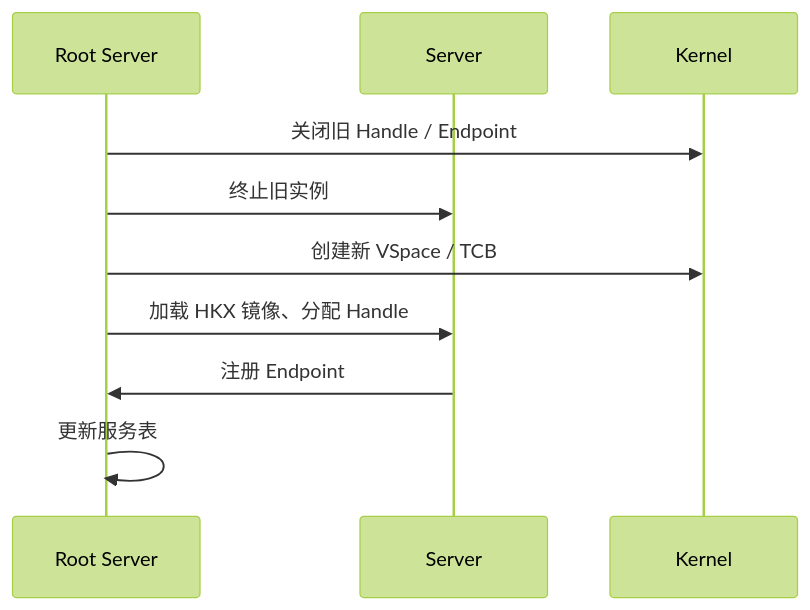
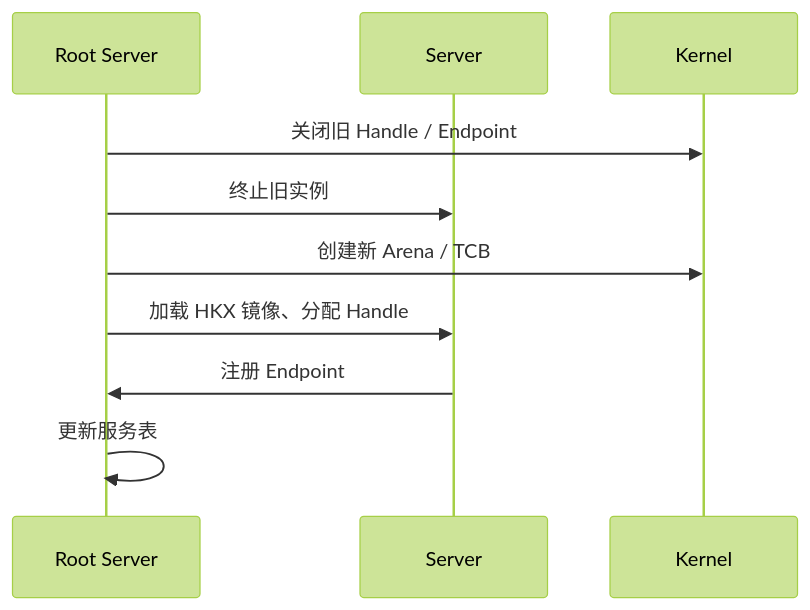
The second of 2 diagrams in docs/servers.md (hongweifei/HolyKernel), drawn with Mermaid (forest theme) before and after one commit. The commit also changed other lines of this file and 35 other files, not shown here.

````diff
--- a/docs/servers.md
+++ b/docs/servers.md
@@ -217,12 +231,12 @@
 ```mermaid
 sequenceDiagram
     participant Root as Root Server
     participant Svc as Server
     participant K as Kernel
     Root->>K: 关闭旧 Handle / Endpoint
     Root->>Svc: 终止旧实例
-    Root->>K: 创建新 VSpace / TCB
+    Root->>K: 创建新 Arena / TCB
     Root->>Svc: 加载 HKX 镜像、分配 Handle
     Svc->>Root: 注册 Endpoint
     Root->>Root: 更新服务表
 ```
````
